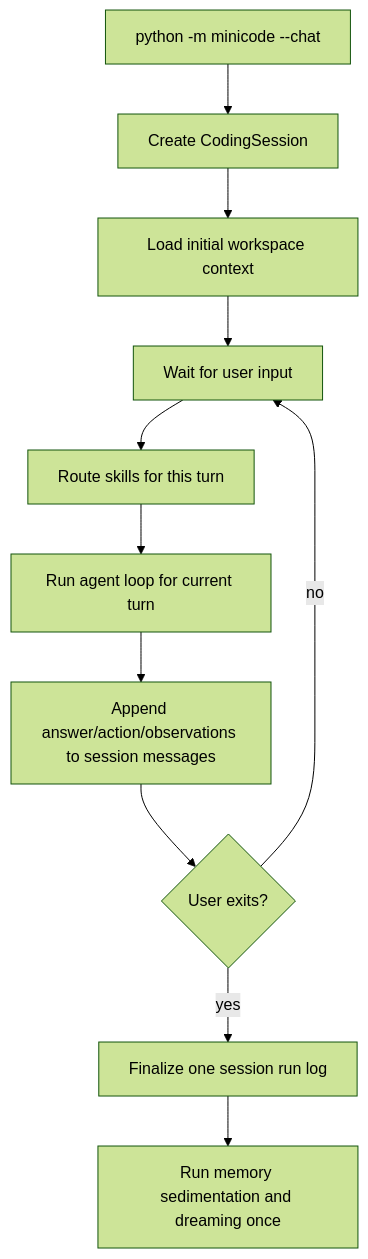
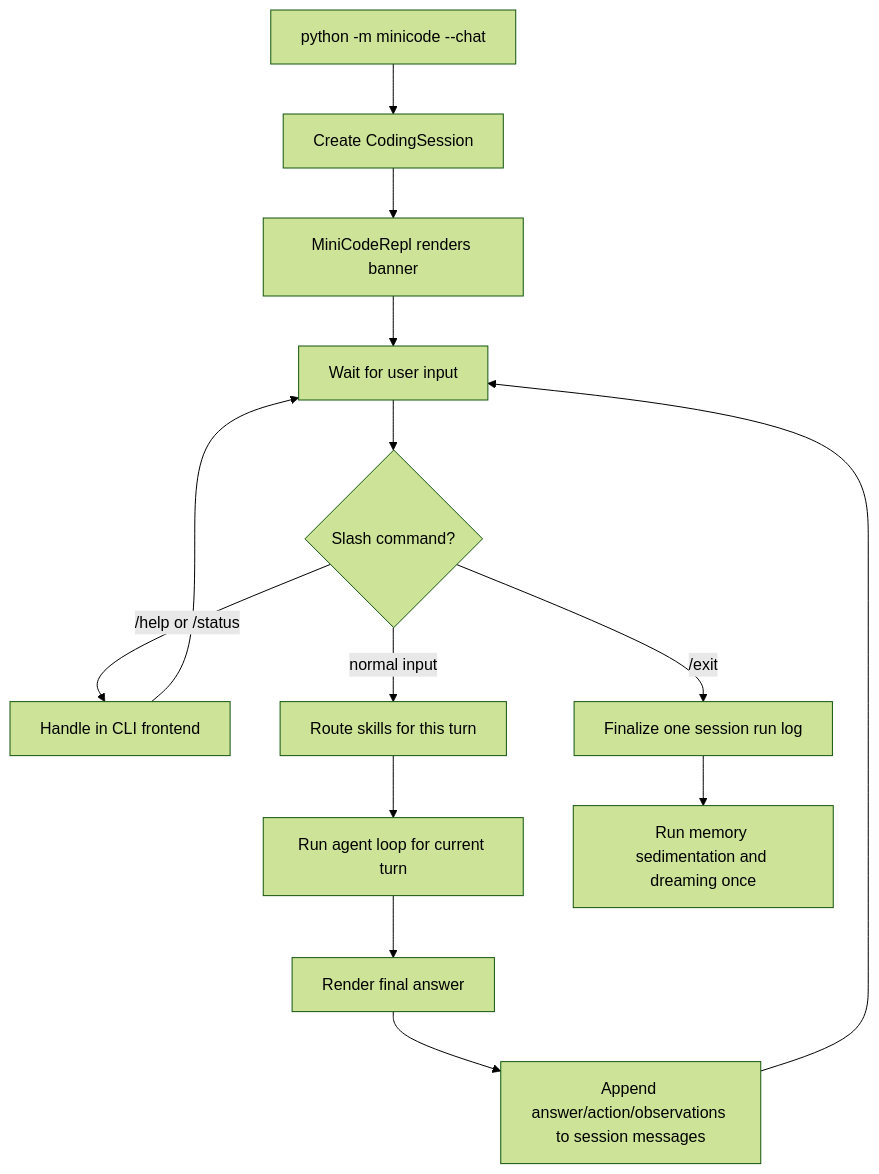
Before and after one commit to Cachuela11/MiniCode: the second of 10 diagrams in README.md, drawn with Mermaid (forest theme). The commit also changed other lines of this file and 6 other files, not shown here.

````diff
--- a/README.md
+++ b/README.md
@@ -64,13 +73,16 @@
 ```mermaid
 flowchart TD
     A[python -m minicode --chat] --> B[Create CodingSession]
-    B --> C[Load initial workspace context]
+    B --> C[MiniCodeRepl renders banner]
     C --> D[Wait for user input]
-    D --> E[Route skills for this turn]
-    E --> F[Run agent loop for current turn]
-    F --> G[Append answer/action/observations to session messages]
-    G --> H{User exits?}
-    H -->|no| D
-    H -->|yes| I[Finalize one session run log]
-    I --> J[Run memory sedimentation and dreaming once]
+    D --> E{Slash command?}
+    E -->|/help or /status| F[Handle in CLI frontend]
+    F --> D
+    E -->|/exit| G[Finalize one session run log]
+    E -->|normal input| H[Route skills for this turn]
+    H --> I[Run agent loop for current turn]
+    I --> J[Render final answer]
+    J --> K[Append answer/action/observations to session messages]
+    K --> D
+    G --> L[Run memory sedimentation and dreaming once]
 ```
````
